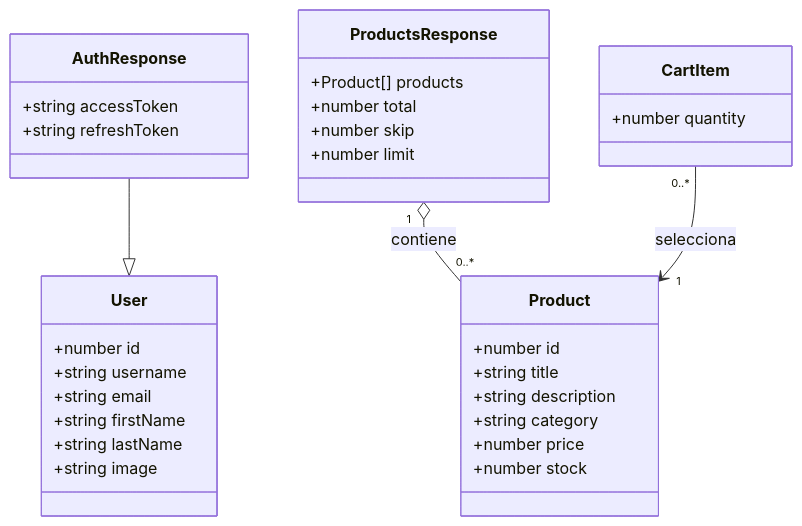
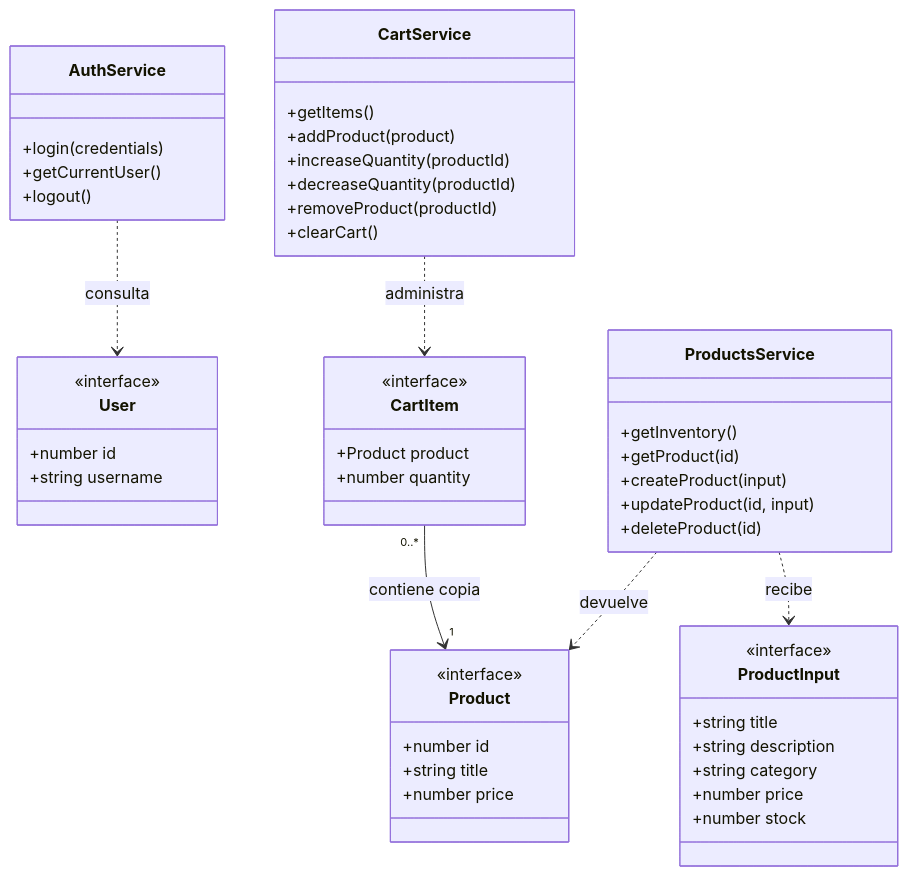
The second of 2 diagrams in docs/MODELO_DATOS.md (Luvleydie/Fued9cuatri), drawn with Mermaid before and after one commit. The commit also changed other lines of this file and 64 other files, not shown here.

````diff
--- a/docs/MODELO_DATOS.md
+++ b/docs/MODELO_DATOS.md
@@ -15,35 +110,52 @@
 ```mermaid
 classDiagram
     class User {
+        <<interface>>
         +number id
         +string username
-        +string email
-        +string firstName
-        +string lastName
-        +string image
-    }
-    class AuthResponse {
-        +string accessToken
-        +string refreshToken
     }
     class Product {
+        <<interface>>
         +number id
+        +string title
+        +number price
+    }
+    class ProductInput {
+        <<interface>>
         +string title
         +string description
         +string category
         +number price
         +number stock
     }
-    class ProductsResponse {
-        +Product[] products
-        +number total
-        +number skip
-        +number limit
-    }
     class CartItem {
+        <<interface>>
+        +Product product
         +number quantity
     }
-    AuthResponse --|> User
-    ProductsResponse "1" o-- "0..*" Product : contiene
-    CartItem "0..*" --> "1" Product : selecciona
+    class AuthService {
+        +login(credentials)
+        +getCurrentUser()
+        +logout()
+    }
+    class ProductsService {
+        +getInventory()
+        +getProduct(id)
+        +createProduct(input)
+        +updateProduct(id, input)
+        +deleteProduct(id)
+    }
+    class CartService {
+        +getItems()
+        +addProduct(product)
+        +increaseQuantity(productId)
+        +decreaseQuantity(productId)
+        +removeProduct(productId)
+        +clearCart()
+    }
+    AuthService ..> User : consulta
+    ProductsService ..> Product : devuelve
+    ProductsService ..> ProductInput : recibe
+    CartService ..> CartItem : administra
+    CartItem "0..*" --> "1" Product : contiene copia
 ```
````
